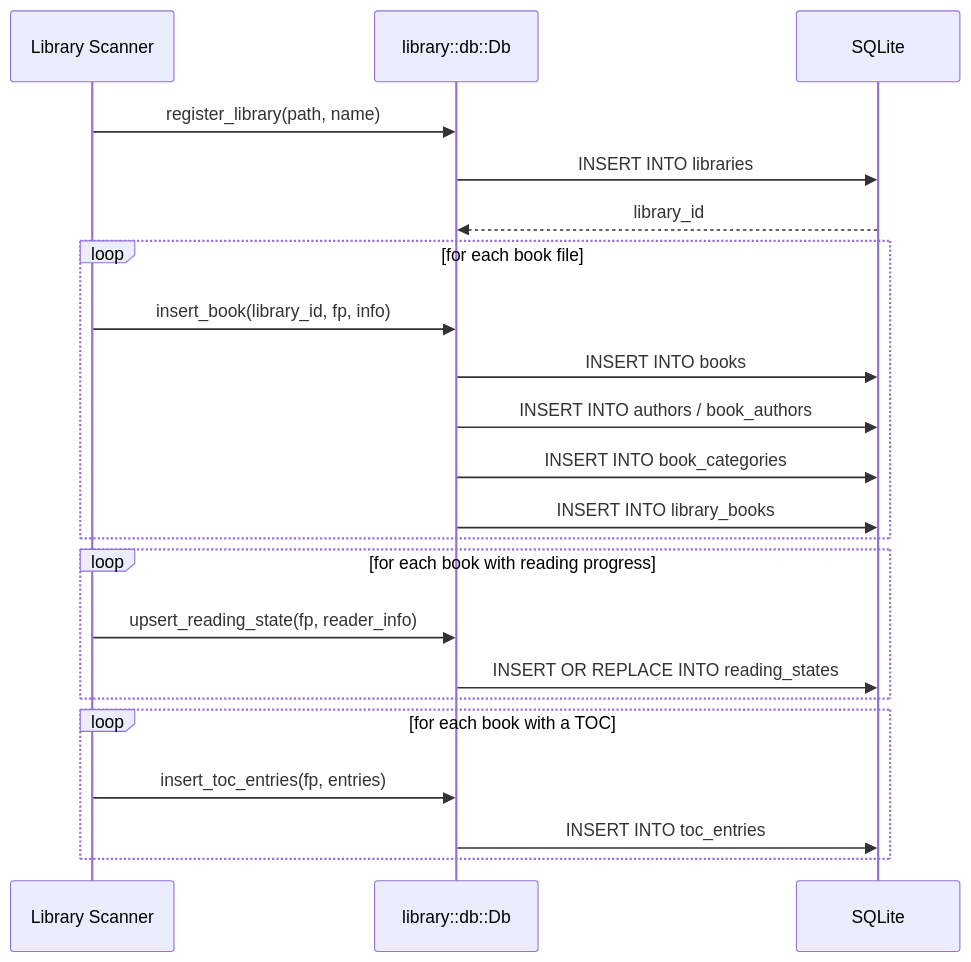
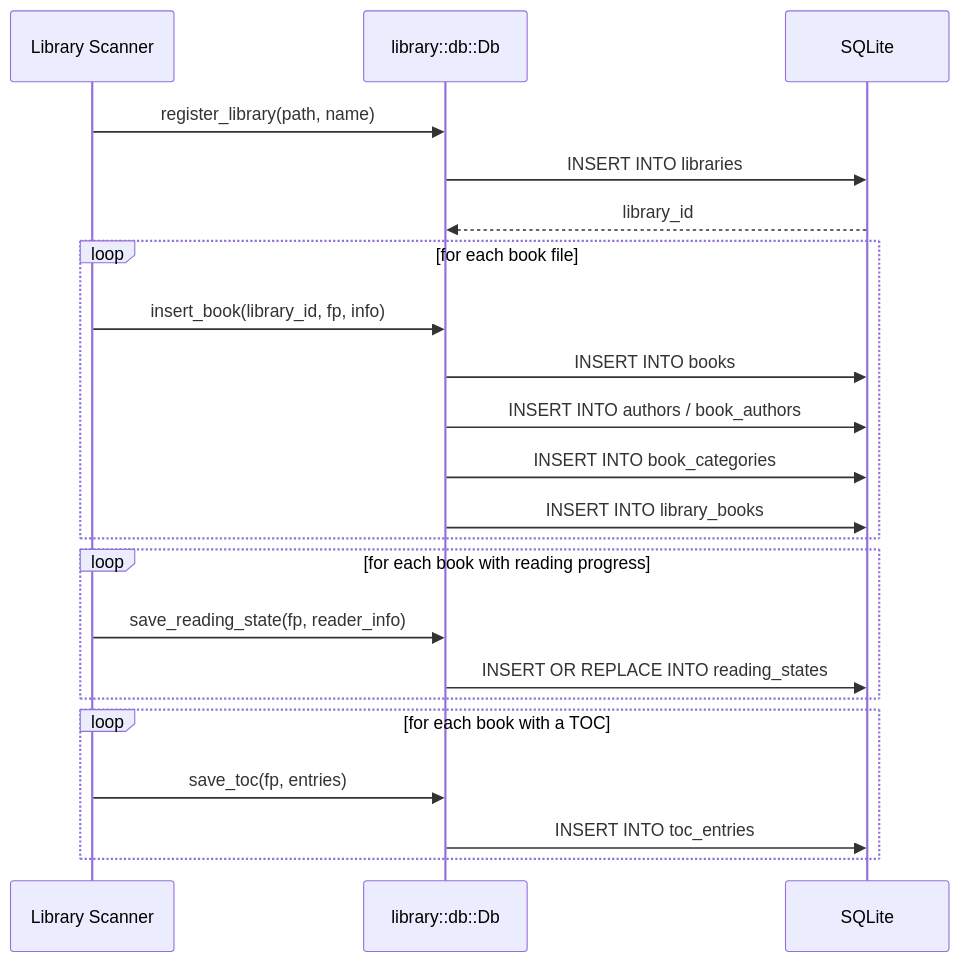
Before and after one commit to OGKevin/cadmus: the third of 3 diagrams in docs/src/contributing/library-database.md, drawn with Mermaid. The commit also changed other lines of this file, not shown here.

````diff
--- a/docs/src/contributing/library-database.md
+++ b/docs/src/contributing/library-database.md
@@ -163,28 +163,28 @@
 ```mermaid
 sequenceDiagram
     participant Scanner as Library Scanner
     participant Db as library::db::Db
     participant SQLite
 
     Scanner->>Db: register_library(path, name)
     Db->>SQLite: INSERT INTO libraries
     SQLite-->>Db: library_id
 
     loop for each book file
         Scanner->>Db: insert_book(library_id, fp, info)
         Db->>SQLite: INSERT INTO books
         Db->>SQLite: INSERT INTO authors / book_authors
         Db->>SQLite: INSERT INTO book_categories
         Db->>SQLite: INSERT INTO library_books
     end
 
     loop for each book with reading progress
-        Scanner->>Db: upsert_reading_state(fp, reader_info)
+        Scanner->>Db: save_reading_state(fp, reader_info)
         Db->>SQLite: INSERT OR REPLACE INTO reading_states
     end
 
     loop for each book with a TOC
-        Scanner->>Db: insert_toc_entries(fp, entries)
+        Scanner->>Db: save_toc(fp, entries)
         Db->>SQLite: INSERT INTO toc_entries
     end
 ```
````
